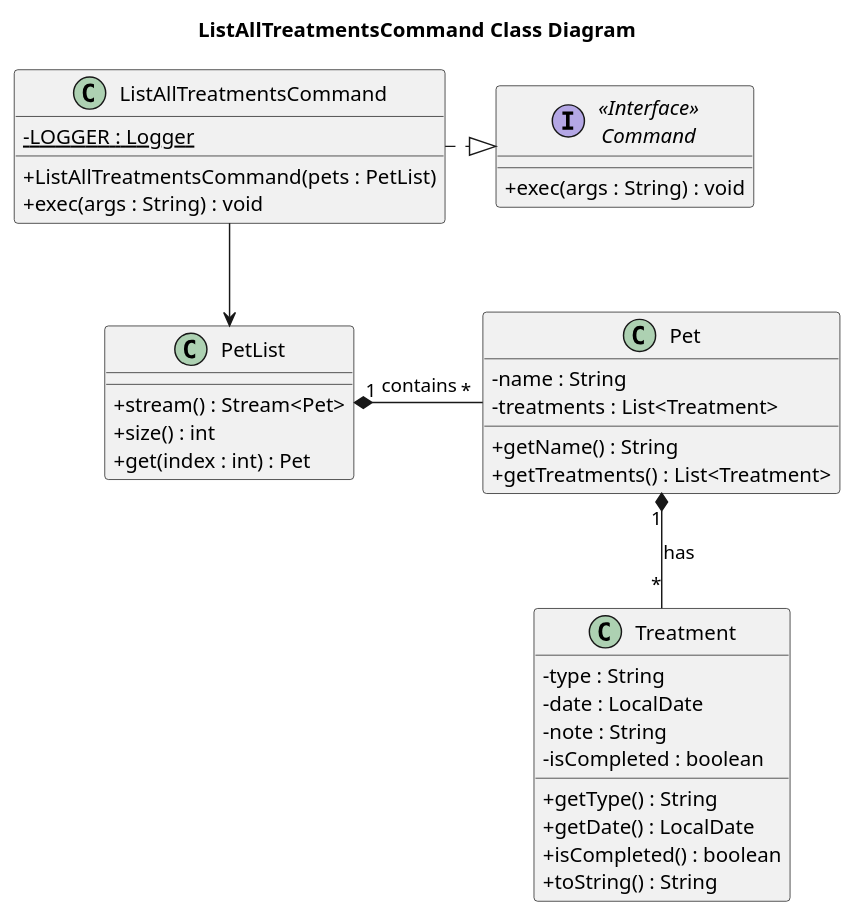
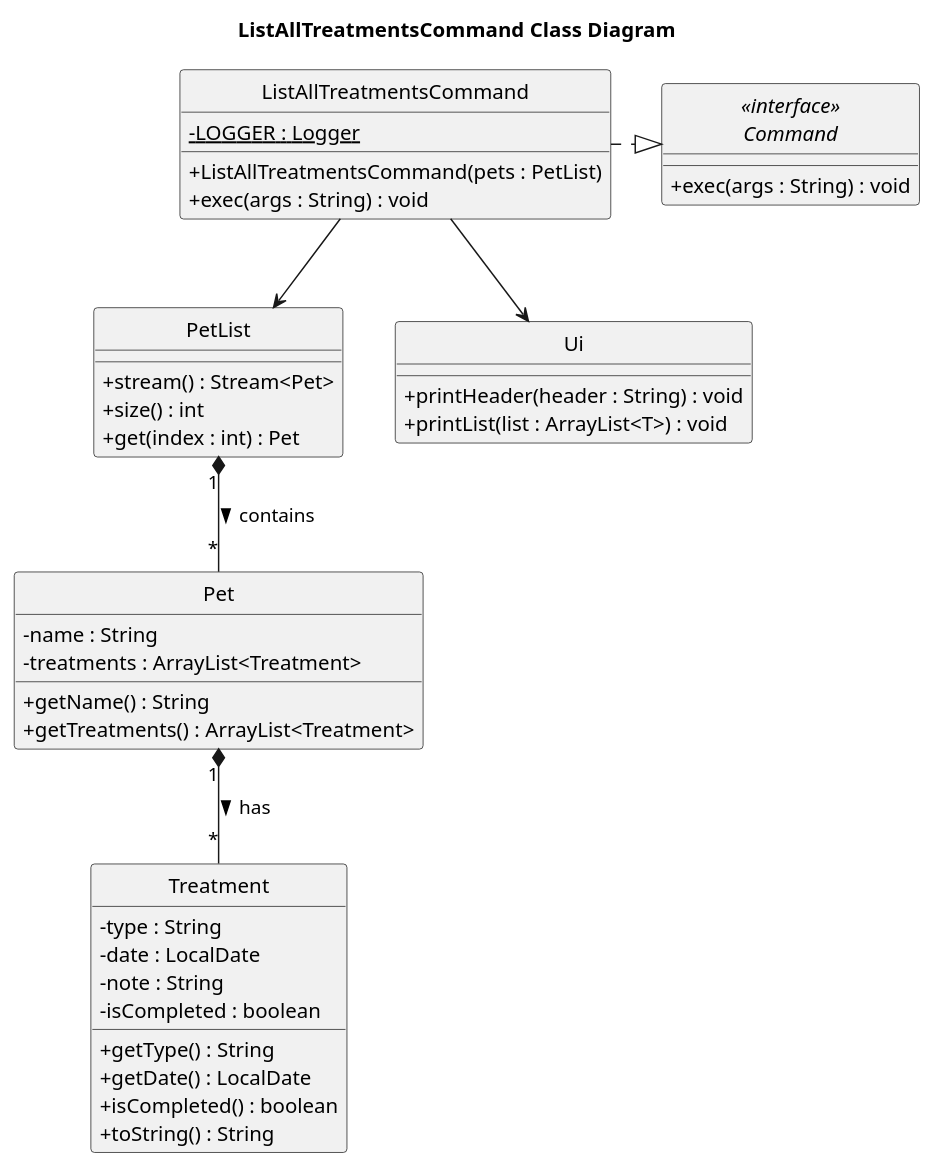
The diagram in docs/uml/ListAllTreatmentsCommand.puml (Kevin88866/tp), drawn with PlantUML before and after one commit. The commit also changed 7 other files, not shown here.

First line of the commit message:
Add new diagrams to the DG

```diff
--- a/docs/uml/ListAllTreatmentsCommand.puml
+++ b/docs/uml/ListAllTreatmentsCommand.puml
@@ -1,51 +1,58 @@
 @startuml
 skinparam classAttributeIconSize 0
+hide circle
 title ListAllTreatmentsCommand Class Diagram
 
 ' =====================
 ' Classes
 ' =====================
 
-interface "<<Interface>>\nCommand" as Command {
+interface "<<interface>>\nCommand" as Command {
     + exec(args : String) : void
 }
 
 class ListAllTreatmentsCommand {
     - {static} LOGGER : Logger
     + ListAllTreatmentsCommand(pets : PetList)
     + exec(args : String) : void
 }
 
 class PetList {
     + stream() : Stream<Pet>
     + size() : int
     + get(index : int) : Pet
 }
 
 class Pet {
     - name : String
-    - treatments : List<Treatment>
+    - treatments : ArrayList<Treatment>
     + getName() : String
-    + getTreatments() : List<Treatment>
+    + getTreatments() : ArrayList<Treatment>
 }
 
 class Treatment {
     - type : String
     - date : LocalDate
     - note : String
     - isCompleted : boolean
     + getType() : String
     + getDate() : LocalDate
     + isCompleted() : boolean
     + toString() : String
 }
 
+class Ui {
+    + printHeader(header : String) : void
+    + printList(list : ArrayList<T>) : void
+}
+
 ' =====================
 ' Relationships
 ' =====================
 
 ListAllTreatmentsCommand .|> Command
 ListAllTreatmentsCommand --> PetList
-PetList "1" *- "*" Pet : contains
-Pet "1" *-- "*" Treatment : has
+ListAllTreatmentsCommand --> Ui
+PetList "1" *-- "*" Pet : contains >
+Pet "1" *-- "*" Treatment : has >
 @enduml
```
